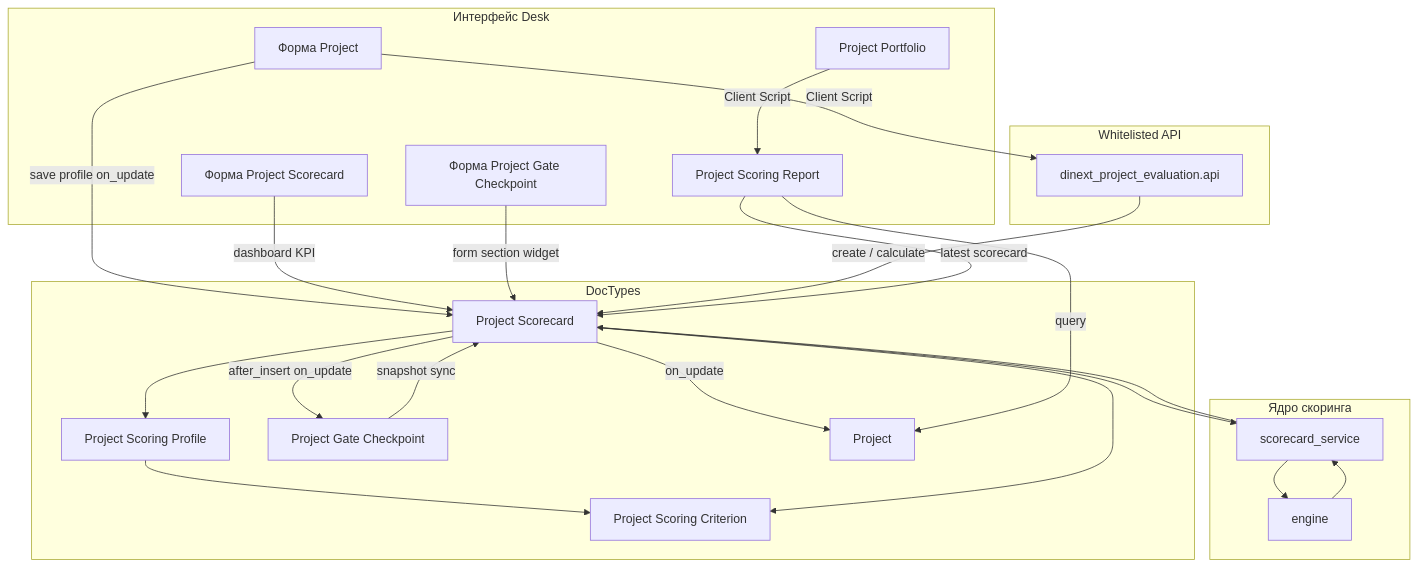
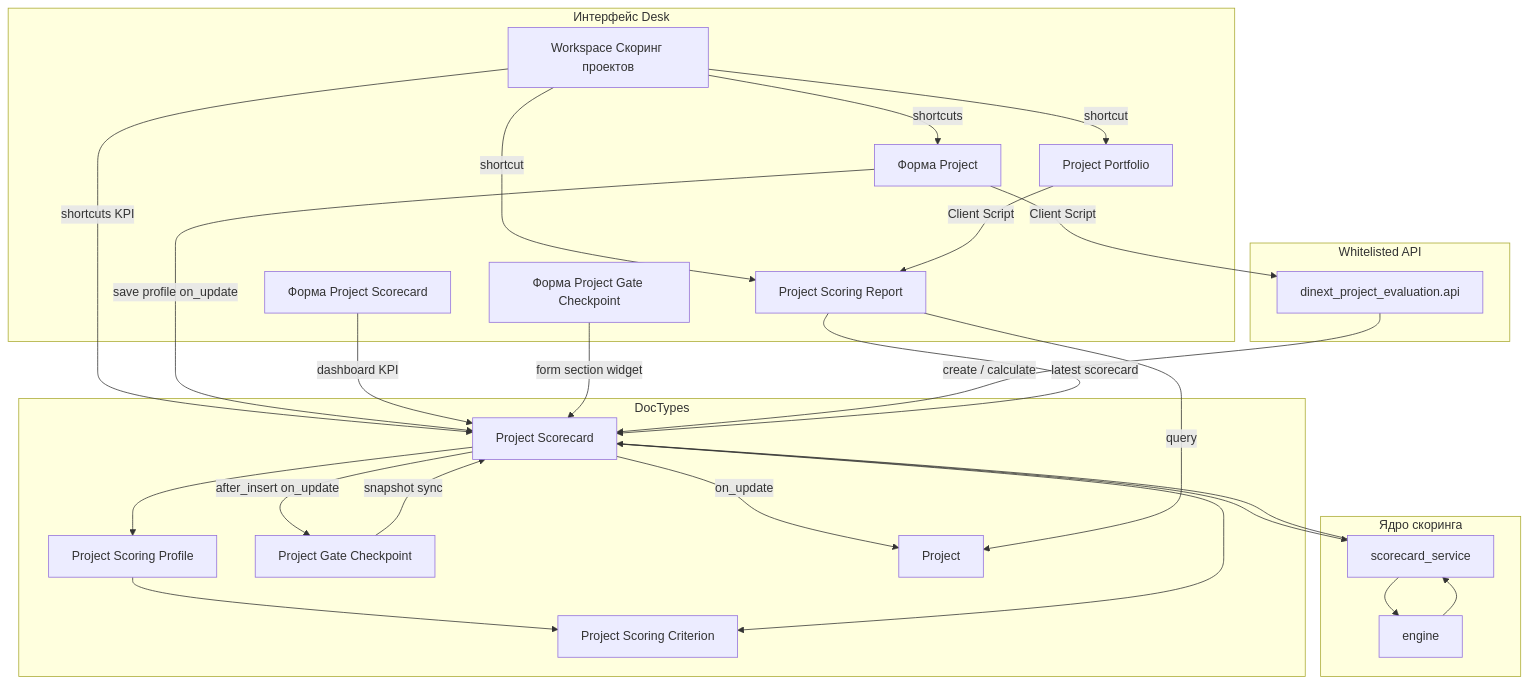
The second of 2 diagrams in README.md (Dinext-pro/dinext-project-evaluation), drawn with Mermaid before and after one commit. The commit also changed other lines of this file and 8 other files, not shown here.

````diff
--- a/README.md
+++ b/README.md
@@ -596,46 +665,51 @@
 ```mermaid
 flowchart TB
   subgraph UI["Интерфейс Desk"]
+    WS[Workspace Скоринг проектов]
     P[Форма Project]
     SCUI[Форма Project Scorecard]
     CPUI[Форма Project Gate Checkpoint]
     PP[Project Portfolio]
     R[Project Scoring Report]
   end
 
   subgraph API["Whitelisted API"]
     A[dinext_project_evaluation.api]
   end
 
   subgraph Docs["DocTypes"]
     CR[Project Scoring Criterion]
     PR[Project Scoring Profile]
     SC[Project Scorecard]
     CP[Project Gate Checkpoint]
     PJ[Project]
   end
 
   subgraph Core["Ядро скоринга"]
     SVC[scorecard_service]
     ENG[engine]
   end
 
+  WS -->|shortcuts KPI| SC
+  WS -->|shortcut| R
+  WS -->|shortcuts| P
+  WS -->|shortcut| PP
   P -->|Client Script| A
   P -->|save profile on_update| SC
   SCUI -->|dashboard KPI| SC
   CPUI -->|form section widget| SC
   CP -->|snapshot sync| SC
   SC -->|after_insert on_update| CP
   PP -->|Client Script| R
   A -->|create / calculate| SC
   SC --> SVC
   SVC --> ENG
   ENG --> SVC
   SVC --> SC
   SC -->|on_update| PJ
   PR --> CR
   SC --> PR
   SC --> CR
   R -->|query| PJ
   R -->|latest scorecard| SC
 ```
````
